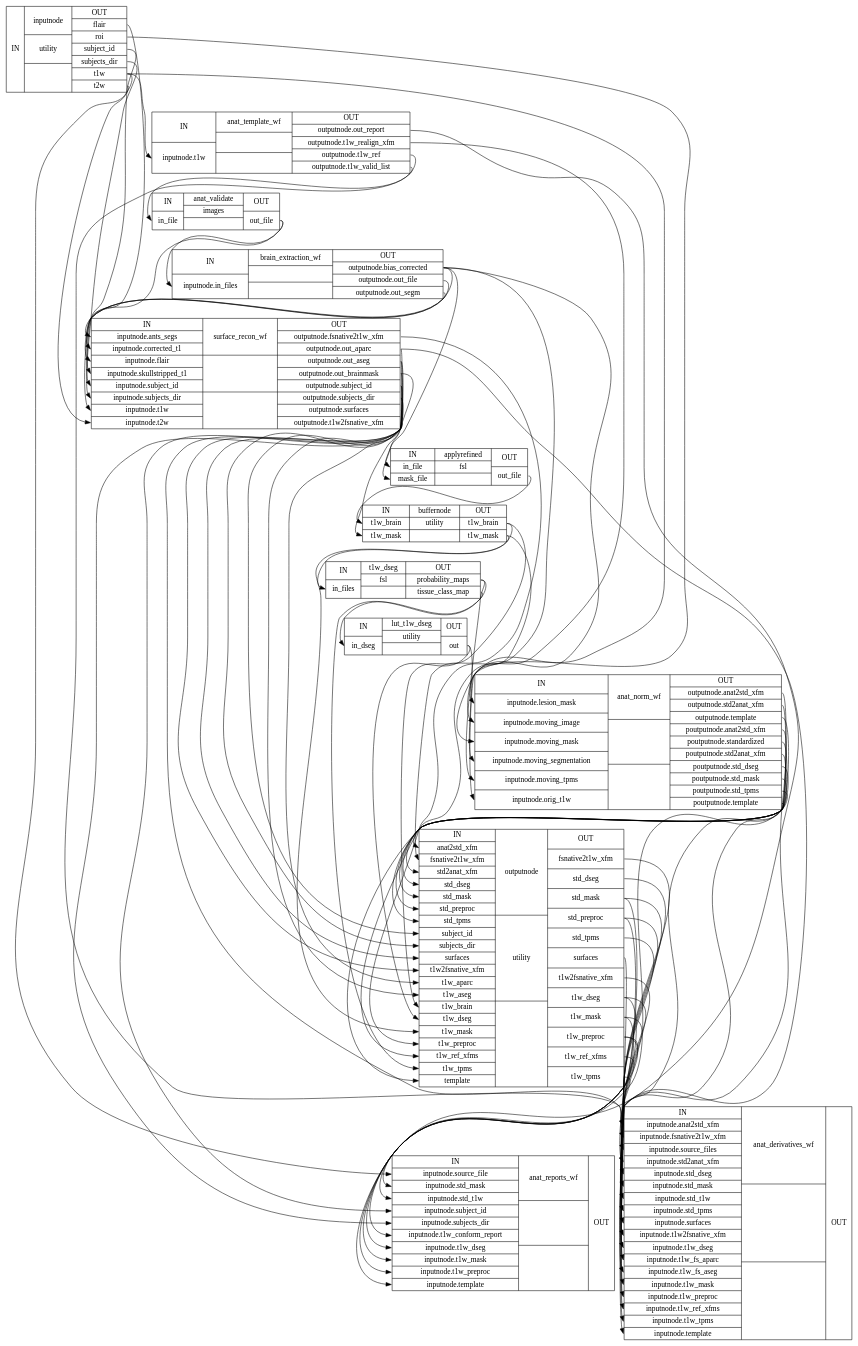
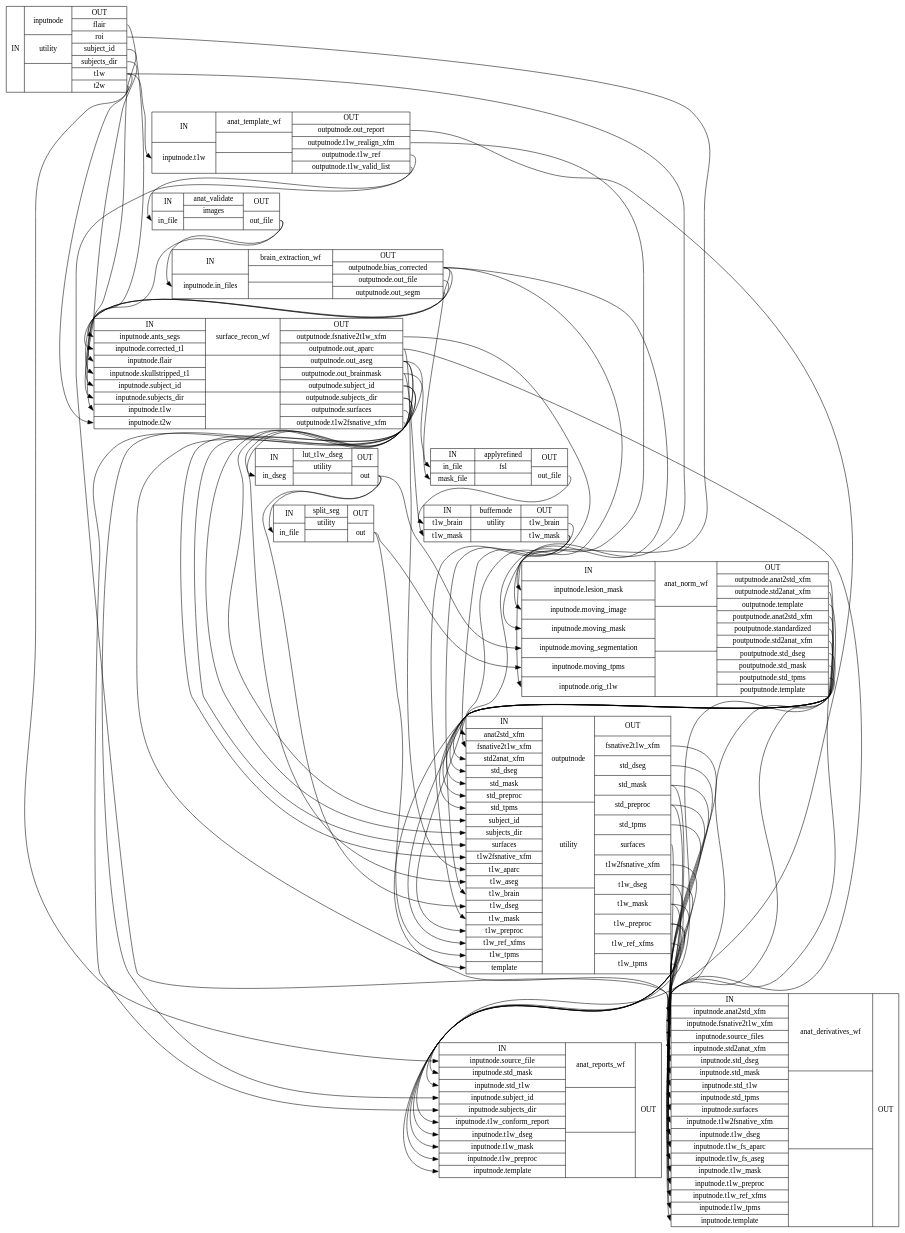
One commit to nuKs/smriprep changed the diagram in 0.5.0/wf_directive/api/anat_preproc_wf/smriprep-workflows-anatomical-1_detailed.dot. Above: the diagram before and after it, drawn with Graphviz. The commit also changed 1007 other files, not shown here.

```diff
--- a/0.5.0/wf_directive/api/anat_preproc_wf/smriprep-workflows-anatomical-1_detailed.dot
+++ b/0.5.0/wf_directive/api/anat_preproc_wf/smriprep-workflows-anatomical-1_detailed.dot
@@ -1,87 +1,87 @@
 digraph structs {
 node [shape=record];
 anat_preproc_wfinputnode [label="{IN}|{ inputnode | utility |  }|{OUT|<outflair> flair|<outroi> roi|<outsubjectid> subject_id|<outsubjectsdir> subjects_dir|<outt1w> t1w|<outt2w> t2w}"];
 anat_preproc_wfanat_template_wf [label="{IN|<ininputnodet1w> inputnode.t1w}|{ anat_template_wf |  |  }|{OUT|<outoutputnodeoutreport> outputnode.out_report|<outoutputnodet1wrealignxfm> outputnode.t1w_realign_xfm|<outoutputnodet1wref> outputnode.t1w_ref|<outoutputnodet1wvalidlist> outputnode.t1w_valid_list}"];
 anat_preproc_wfanat_validate [label="{IN|<ininfile> in_file}|{ anat_validate | images |  }|{OUT|<outoutfile> out_file}"];
 anat_preproc_wfbrain_extraction_wf [label="{IN|<ininputnodeinfiles> inputnode.in_files}|{ brain_extraction_wf |  |  }|{OUT|<outoutputnodebiascorrected> outputnode.bias_corrected|<outoutputnodeoutfile> outputnode.out_file|<outoutputnodeoutsegm> outputnode.out_segm}"];
 anat_preproc_wfsurface_recon_wf [label="{IN|<ininputnodeantssegs> inputnode.ants_segs|<ininputnodecorrectedt1> inputnode.corrected_t1|<ininputnodeflair> inputnode.flair|<ininputnodeskullstrippedt1> inputnode.skullstripped_t1|<ininputnodesubjectid> inputnode.subject_id|<ininputnodesubjectsdir> inputnode.subjects_dir|<ininputnodet1w> inputnode.t1w|<ininputnodet2w> inputnode.t2w}|{ surface_recon_wf |  |  }|{OUT|<outoutputnodefsnative2t1wxfm> outputnode.fsnative2t1w_xfm|<outoutputnodeoutaparc> outputnode.out_aparc|<outoutputnodeoutaseg> outputnode.out_aseg|<outoutputnodeoutbrainmask> outputnode.out_brainmask|<outoutputnodesubjectid> outputnode.subject_id|<outoutputnodesubjectsdir> outputnode.subjects_dir|<outoutputnodesurfaces> outputnode.surfaces|<outoutputnodet1w2fsnativexfm> outputnode.t1w2fsnative_xfm}"];
+anat_preproc_wflut_t1w_dseg [label="{IN|<inindseg> in_dseg}|{ lut_t1w_dseg | utility |  }|{OUT|<outout> out}"];
+anat_preproc_wfsplit_seg [label="{IN|<ininfile> in_file}|{ split_seg | utility |  }|{OUT|<outout> out}"];
 anat_preproc_wfapplyrefined [label="{IN|<ininfile> in_file|<inmaskfile> mask_file}|{ applyrefined | fsl |  }|{OUT|<outoutfile> out_file}"];
 anat_preproc_wfbuffernode [label="{IN|<int1wbrain> t1w_brain|<int1wmask> t1w_mask}|{ buffernode | utility |  }|{OUT|<outt1wbrain> t1w_brain|<outt1wmask> t1w_mask}"];
-anat_preproc_wft1w_dseg [label="{IN|<ininfiles> in_files}|{ t1w_dseg | fsl |  }|{OUT|<outprobabilitymaps> probability_maps|<outtissueclassmap> tissue_class_map}"];
-anat_preproc_wflut_t1w_dseg [label="{IN|<inindseg> in_dseg}|{ lut_t1w_dseg | utility |  }|{OUT|<outout> out}"];
 anat_preproc_wfanat_norm_wf [label="{IN|<ininputnodelesionmask> inputnode.lesion_mask|<ininputnodemovingimage> inputnode.moving_image|<ininputnodemovingmask> inputnode.moving_mask|<ininputnodemovingsegmentation> inputnode.moving_segmentation|<ininputnodemovingtpms> inputnode.moving_tpms|<ininputnodeorigt1w> inputnode.orig_t1w}|{ anat_norm_wf |  |  }|{OUT|<outoutputnodeanat2stdxfm> outputnode.anat2std_xfm|<outoutputnodestd2anatxfm> outputnode.std2anat_xfm|<outoutputnodetemplate> outputnode.template|<outpoutputnodeanat2stdxfm> poutputnode.anat2std_xfm|<outpoutputnodestandardized> poutputnode.standardized|<outpoutputnodestd2anatxfm> poutputnode.std2anat_xfm|<outpoutputnodestddseg> poutputnode.std_dseg|<outpoutputnodestdmask> poutputnode.std_mask|<outpoutputnodestdtpms> poutputnode.std_tpms|<outpoutputnodetemplate> poutputnode.template}"];
 anat_preproc_wfoutputnode [label="{IN|<inanat2stdxfm> anat2std_xfm|<infsnative2t1wxfm> fsnative2t1w_xfm|<instd2anatxfm> std2anat_xfm|<instddseg> std_dseg|<instdmask> std_mask|<instdpreproc> std_preproc|<instdtpms> std_tpms|<insubjectid> subject_id|<insubjectsdir> subjects_dir|<insurfaces> surfaces|<int1w2fsnativexfm> t1w2fsnative_xfm|<int1waparc> t1w_aparc|<int1waseg> t1w_aseg|<int1wbrain> t1w_brain|<int1wdseg> t1w_dseg|<int1wmask> t1w_mask|<int1wpreproc> t1w_preproc|<int1wrefxfms> t1w_ref_xfms|<int1wtpms> t1w_tpms|<intemplate> template}|{ outputnode | utility |  }|{OUT|<outfsnative2t1wxfm> fsnative2t1w_xfm|<outstddseg> std_dseg|<outstdmask> std_mask|<outstdpreproc> std_preproc|<outstdtpms> std_tpms|<outsurfaces> surfaces|<outt1w2fsnativexfm> t1w2fsnative_xfm|<outt1wdseg> t1w_dseg|<outt1wmask> t1w_mask|<outt1wpreproc> t1w_preproc|<outt1wrefxfms> t1w_ref_xfms|<outt1wtpms> t1w_tpms}"];
 anat_preproc_wfanat_derivatives_wf [label="{IN|<ininputnodeanat2stdxfm> inputnode.anat2std_xfm|<ininputnodefsnative2t1wxfm> inputnode.fsnative2t1w_xfm|<ininputnodesourcefiles> inputnode.source_files|<ininputnodestd2anatxfm> inputnode.std2anat_xfm|<ininputnodestddseg> inputnode.std_dseg|<ininputnodestdmask> inputnode.std_mask|<ininputnodestdt1w> inputnode.std_t1w|<ininputnodestdtpms> inputnode.std_tpms|<ininputnodesurfaces> inputnode.surfaces|<ininputnodet1w2fsnativexfm> inputnode.t1w2fsnative_xfm|<ininputnodet1wdseg> inputnode.t1w_dseg|<ininputnodet1wfsaparc> inputnode.t1w_fs_aparc|<ininputnodet1wfsaseg> inputnode.t1w_fs_aseg|<ininputnodet1wmask> inputnode.t1w_mask|<ininputnodet1wpreproc> inputnode.t1w_preproc|<ininputnodet1wrefxfms> inputnode.t1w_ref_xfms|<ininputnodet1wtpms> inputnode.t1w_tpms|<ininputnodetemplate> inputnode.template}|{ anat_derivatives_wf |  |  }|{OUT}"];
 anat_preproc_wfanat_reports_wf [label="{IN|<ininputnodesourcefile> inputnode.source_file|<ininputnodestdmask> inputnode.std_mask|<ininputnodestdt1w> inputnode.std_t1w|<ininputnodesubjectid> inputnode.subject_id|<ininputnodesubjectsdir> inputnode.subjects_dir|<ininputnodet1wconformreport> inputnode.t1w_conform_report|<ininputnodet1wdseg> inputnode.t1w_dseg|<ininputnodet1wmask> inputnode.t1w_mask|<ininputnodet1wpreproc> inputnode.t1w_preproc|<ininputnodetemplate> inputnode.template}|{ anat_reports_wf |  |  }|{OUT}"];
 anat_preproc_wfanat_norm_wf:outoutputnodeanat2stdxfm:e -> anat_preproc_wfoutputnode:inanat2stdxfm:w;
 anat_preproc_wfanat_norm_wf:outoutputnodestd2anatxfm:e -> anat_preproc_wfoutputnode:instd2anatxfm:w;
 anat_preproc_wfanat_norm_wf:outoutputnodetemplate:e -> anat_preproc_wfoutputnode:intemplate:w;
 anat_preproc_wfanat_norm_wf:outpoutputnodeanat2stdxfm:e -> anat_preproc_wfanat_derivatives_wf:ininputnodeanat2stdxfm:w;
 anat_preproc_wfanat_norm_wf:outpoutputnodestandardized:e -> anat_preproc_wfoutputnode:instdpreproc:w;
 anat_preproc_wfanat_norm_wf:outpoutputnodestd2anatxfm:e -> anat_preproc_wfanat_derivatives_wf:ininputnodestd2anatxfm:w;
 anat_preproc_wfanat_norm_wf:outpoutputnodestddseg:e -> anat_preproc_wfoutputnode:instddseg:w;
 anat_preproc_wfanat_norm_wf:outpoutputnodestdmask:e -> anat_preproc_wfoutputnode:instdmask:w;
 anat_preproc_wfanat_norm_wf:outpoutputnodestdtpms:e -> anat_preproc_wfoutputnode:instdtpms:w;
 anat_preproc_wfanat_norm_wf:outpoutputnodetemplate:e -> anat_preproc_wfanat_derivatives_wf:ininputnodetemplate:w;
 anat_preproc_wfanat_norm_wf:outpoutputnodetemplate:e -> anat_preproc_wfanat_reports_wf:ininputnodetemplate:w;
 anat_preproc_wfanat_template_wf:outoutputnodeoutreport:e -> anat_preproc_wfanat_reports_wf:ininputnodet1wconformreport:w;
 anat_preproc_wfanat_template_wf:outoutputnodet1wrealignxfm:e -> anat_preproc_wfoutputnode:int1wrefxfms:w;
 anat_preproc_wfanat_template_wf:outoutputnodet1wref:e -> anat_preproc_wfanat_validate:ininfile:w;
 anat_preproc_wfanat_template_wf:outoutputnodet1wvalidlist:e -> anat_preproc_wfanat_derivatives_wf:ininputnodesourcefiles:w;
 anat_preproc_wfanat_validate:outoutfile:e -> anat_preproc_wfbrain_extraction_wf:ininputnodeinfiles:w;
 anat_preproc_wfanat_validate:outoutfile:e -> anat_preproc_wfsurface_recon_wf:ininputnodet1w:w;
 anat_preproc_wfapplyrefined:outoutfile:e -> anat_preproc_wfbuffernode:int1wbrain:w;
 anat_preproc_wfbrain_extraction_wf:outoutputnodebiascorrected:e -> anat_preproc_wfanat_norm_wf:ininputnodemovingimage:w;
 anat_preproc_wfbrain_extraction_wf:outoutputnodebiascorrected:e -> anat_preproc_wfapplyrefined:ininfile:w;
 anat_preproc_wfbrain_extraction_wf:outoutputnodebiascorrected:e -> anat_preproc_wfoutputnode:int1wpreproc:w;
 anat_preproc_wfbrain_extraction_wf:outoutputnodebiascorrected:e -> anat_preproc_wfsurface_recon_wf:ininputnodecorrectedt1:w;
 anat_preproc_wfbrain_extraction_wf:outoutputnodeoutfile:e -> anat_preproc_wfsurface_recon_wf:ininputnodeskullstrippedt1:w;
 anat_preproc_wfbrain_extraction_wf:outoutputnodeoutsegm:e -> anat_preproc_wfsurface_recon_wf:ininputnodeantssegs:w;
 anat_preproc_wfbuffernode:outt1wbrain:e -> anat_preproc_wfoutputnode:int1wbrain:w;
-anat_preproc_wfbuffernode:outt1wbrain:e -> anat_preproc_wft1w_dseg:ininfiles:w;
 anat_preproc_wfbuffernode:outt1wmask:e -> anat_preproc_wfanat_norm_wf:ininputnodemovingmask:w;
 anat_preproc_wfbuffernode:outt1wmask:e -> anat_preproc_wfoutputnode:int1wmask:w;
 anat_preproc_wfinputnode:outflair:e -> anat_preproc_wfsurface_recon_wf:ininputnodeflair:w;
 anat_preproc_wfinputnode:outroi:e -> anat_preproc_wfanat_norm_wf:ininputnodelesionmask:w;
 anat_preproc_wfinputnode:outsubjectid:e -> anat_preproc_wfsurface_recon_wf:ininputnodesubjectid:w;
 anat_preproc_wfinputnode:outsubjectsdir:e -> anat_preproc_wfsurface_recon_wf:ininputnodesubjectsdir:w;
 anat_preproc_wfinputnode:outt1w:e -> anat_preproc_wfanat_norm_wf:ininputnodeorigt1w:w;
 anat_preproc_wfinputnode:outt1w:e -> anat_preproc_wfanat_reports_wf:ininputnodesourcefile:w;
 anat_preproc_wfinputnode:outt1w:e -> anat_preproc_wfanat_template_wf:ininputnodet1w:w;
 anat_preproc_wfinputnode:outt2w:e -> anat_preproc_wfsurface_recon_wf:ininputnodet2w:w;
 anat_preproc_wflut_t1w_dseg:outout:e -> anat_preproc_wfanat_norm_wf:ininputnodemovingsegmentation:w;
 anat_preproc_wflut_t1w_dseg:outout:e -> anat_preproc_wfoutputnode:int1wdseg:w;
+anat_preproc_wflut_t1w_dseg:outout:e -> anat_preproc_wfsplit_seg:ininfile:w;
 anat_preproc_wfoutputnode:outfsnative2t1wxfm:e -> anat_preproc_wfanat_derivatives_wf:ininputnodefsnative2t1wxfm:w;
 anat_preproc_wfoutputnode:outstddseg:e -> anat_preproc_wfanat_derivatives_wf:ininputnodestddseg:w;
 anat_preproc_wfoutputnode:outstdmask:e -> anat_preproc_wfanat_derivatives_wf:ininputnodestdmask:w;
 anat_preproc_wfoutputnode:outstdmask:e -> anat_preproc_wfanat_reports_wf:ininputnodestdmask:w;
 anat_preproc_wfoutputnode:outstdpreproc:e -> anat_preproc_wfanat_derivatives_wf:ininputnodestdt1w:w;
 anat_preproc_wfoutputnode:outstdpreproc:e -> anat_preproc_wfanat_reports_wf:ininputnodestdt1w:w;
 anat_preproc_wfoutputnode:outstdtpms:e -> anat_preproc_wfanat_derivatives_wf:ininputnodestdtpms:w;
 anat_preproc_wfoutputnode:outsurfaces:e -> anat_preproc_wfanat_derivatives_wf:ininputnodesurfaces:w;
 anat_preproc_wfoutputnode:outt1w2fsnativexfm:e -> anat_preproc_wfanat_derivatives_wf:ininputnodet1w2fsnativexfm:w;
 anat_preproc_wfoutputnode:outt1wdseg:e -> anat_preproc_wfanat_derivatives_wf:ininputnodet1wdseg:w;
 anat_preproc_wfoutputnode:outt1wdseg:e -> anat_preproc_wfanat_reports_wf:ininputnodet1wdseg:w;
 anat_preproc_wfoutputnode:outt1wmask:e -> anat_preproc_wfanat_derivatives_wf:ininputnodet1wmask:w;
 anat_preproc_wfoutputnode:outt1wmask:e -> anat_preproc_wfanat_reports_wf:ininputnodet1wmask:w;
 anat_preproc_wfoutputnode:outt1wpreproc:e -> anat_preproc_wfanat_derivatives_wf:ininputnodet1wpreproc:w;
 anat_preproc_wfoutputnode:outt1wpreproc:e -> anat_preproc_wfanat_reports_wf:ininputnodet1wpreproc:w;
 anat_preproc_wfoutputnode:outt1wrefxfms:e -> anat_preproc_wfanat_derivatives_wf:ininputnodet1wrefxfms:w;
 anat_preproc_wfoutputnode:outt1wtpms:e -> anat_preproc_wfanat_derivatives_wf:ininputnodet1wtpms:w;
+anat_preproc_wfsplit_seg:outout:e -> anat_preproc_wfanat_norm_wf:ininputnodemovingtpms:w;
+anat_preproc_wfsplit_seg:outout:e -> anat_preproc_wfoutputnode:int1wtpms:w;
 anat_preproc_wfsurface_recon_wf:outoutputnodefsnative2t1wxfm:e -> anat_preproc_wfoutputnode:infsnative2t1wxfm:w;
 anat_preproc_wfsurface_recon_wf:outoutputnodeoutaparc:e -> anat_preproc_wfanat_derivatives_wf:ininputnodet1wfsaparc:w;
 anat_preproc_wfsurface_recon_wf:outoutputnodeoutaparc:e -> anat_preproc_wfoutputnode:int1waparc:w;
 anat_preproc_wfsurface_recon_wf:outoutputnodeoutaseg:e -> anat_preproc_wfanat_derivatives_wf:ininputnodet1wfsaseg:w;
+anat_preproc_wfsurface_recon_wf:outoutputnodeoutaseg:e -> anat_preproc_wflut_t1w_dseg:inindseg:w;
 anat_preproc_wfsurface_recon_wf:outoutputnodeoutaseg:e -> anat_preproc_wfoutputnode:int1waseg:w;
 anat_preproc_wfsurface_recon_wf:outoutputnodeoutbrainmask:e -> anat_preproc_wfapplyrefined:inmaskfile:w;
 anat_preproc_wfsurface_recon_wf:outoutputnodeoutbrainmask:e -> anat_preproc_wfbuffernode:int1wmask:w;
 anat_preproc_wfsurface_recon_wf:outoutputnodesubjectid:e -> anat_preproc_wfanat_reports_wf:ininputnodesubjectid:w;
 anat_preproc_wfsurface_recon_wf:outoutputnodesubjectid:e -> anat_preproc_wfoutputnode:insubjectid:w;
 anat_preproc_wfsurface_recon_wf:outoutputnodesubjectsdir:e -> anat_preproc_wfanat_reports_wf:ininputnodesubjectsdir:w;
 anat_preproc_wfsurface_recon_wf:outoutputnodesubjectsdir:e -> anat_preproc_wfoutputnode:insubjectsdir:w;
 anat_preproc_wfsurface_recon_wf:outoutputnodesurfaces:e -> anat_preproc_wfoutputnode:insurfaces:w;
 anat_preproc_wfsurface_recon_wf:outoutputnodet1w2fsnativexfm:e -> anat_preproc_wfoutputnode:int1w2fsnativexfm:w;
-anat_preproc_wft1w_dseg:outprobabilitymaps:e -> anat_preproc_wfanat_norm_wf:ininputnodemovingtpms:w;
-anat_preproc_wft1w_dseg:outprobabilitymaps:e -> anat_preproc_wfoutputnode:int1wtpms:w;
-anat_preproc_wft1w_dseg:outtissueclassmap:e -> anat_preproc_wflut_t1w_dseg:inindseg:w;
 }
```
